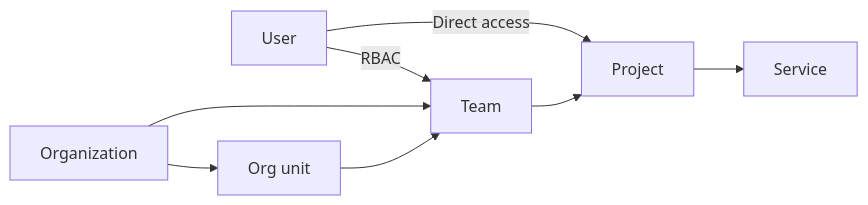
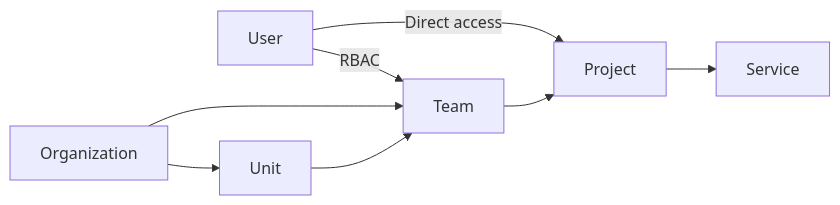
Before and after one commit to aiven/devportal: the diagram in docs/platform/concepts/projects_accounts_access.rst, drawn with Mermaid. The commit also changed other lines of this file, not shown here.

```diff
--- a/docs/platform/concepts/projects_accounts_access.rst
+++ b/docs/platform/concepts/projects_accounts_access.rst
@@ -48,10 +48,10 @@
 .. mermaid::
 
     graph LR;
 
         User -- Direct access --> Project;
         User -- RBAC --> Team;
-        Organization--> Team & B["Org unit"];
-        B["Org unit"]--> Team;
+        Organization--> Team & B["Unit"];
+        B["Unit"]--> Team;
         Team --> Project;
         Project --> Service;
```
